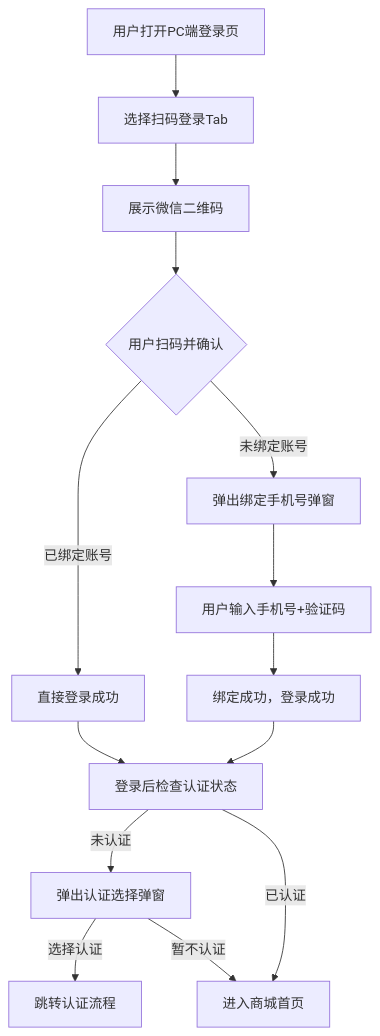
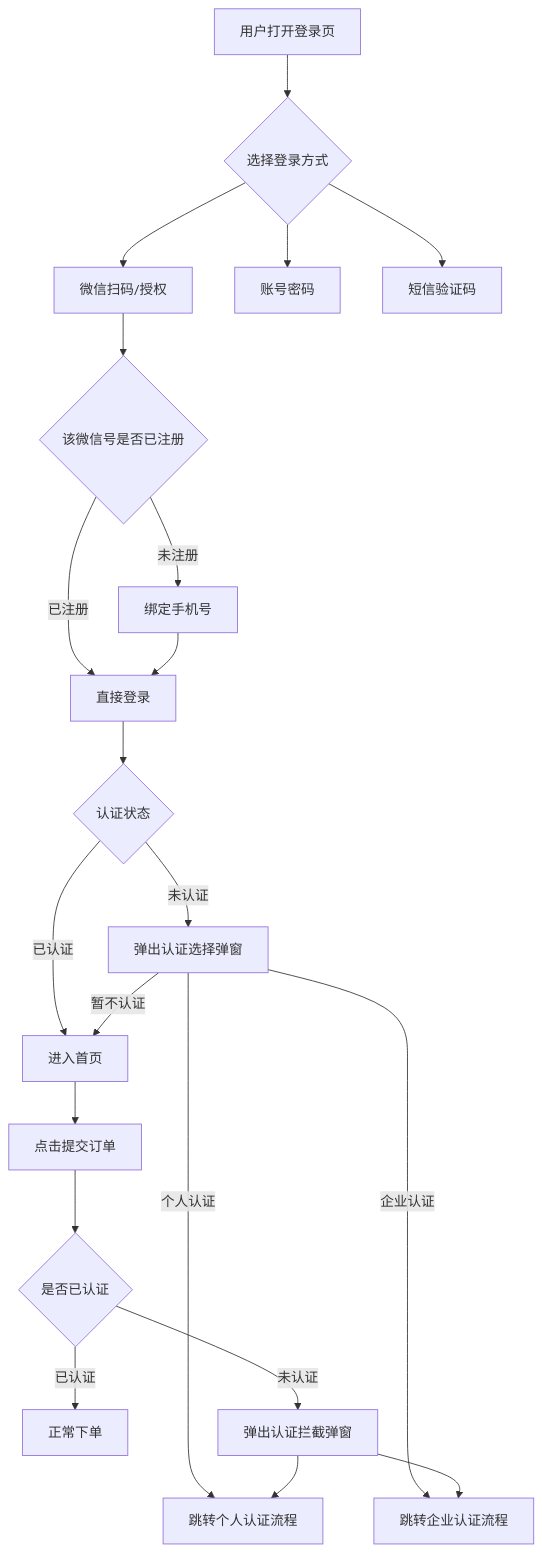
The diagram in PRD_微信一键登录_v1.11_优化版.md (Connie-316/enterprise-auth-docs), drawn with Mermaid before and after one commit. The commit also changed other lines of this file and 1 other file, not shown here.

````diff
--- a/PRD_微信一键登录_v1.11_优化版.md
+++ b/PRD_微信一键登录_v1.11_优化版.md
@@ -26,16 +25,26 @@
 ```mermaid
 graph TD
-    A[用户打开PC端登录页] --> B[选择扫码登录Tab]
-    B --> C[展示微信二维码]
-    C --> D{用户扫码并确认}
-    D -->|已绑定账号| E[直接登录成功]
-    D -->|未绑定账号| F[弹出绑定手机号弹窗]
-    F --> G[用户输入手机号+验证码]
-    G --> H[绑定成功，登录成功]
-    E --> I[登录后检查认证状态]
-    H --> I
-    I -->|未认证| J[弹出认证选择弹窗]
-    I -->|已认证| K[进入商城首页]
-    J -->|选择认证| L[跳转认证流程]
-    J -->|暂不认证| K
+    A[用户打开登录页] --> B{选择登录方式}
+    B --> C[微信扫码/授权]
+    B --> D[账号密码]
+    B --> E[短信验证码]
+
+    C --> F{该微信号是否已注册}
+    F -->|已注册| G[直接登录]
+    F -->|未注册| H[绑定手机号]
+    H --> G
+
+    G --> I{认证状态}
+    I -->|已认证| J[进入首页]
+    I -->|未认证| K[弹出认证选择弹窗]
+    K -->|个人认证| L[跳转个人认证流程]
+    K -->|企业认证| M[跳转企业认证流程]
+    K -->|暂不认证| J
+
+    J --> N[点击提交订单]
+    N --> O{是否已认证}
+    O -->|已认证| P[正常下单]
+    O -->|未认证| Q[弹出认证拦截弹窗]
+    Q --> L
+    Q --> M
 ```
````
